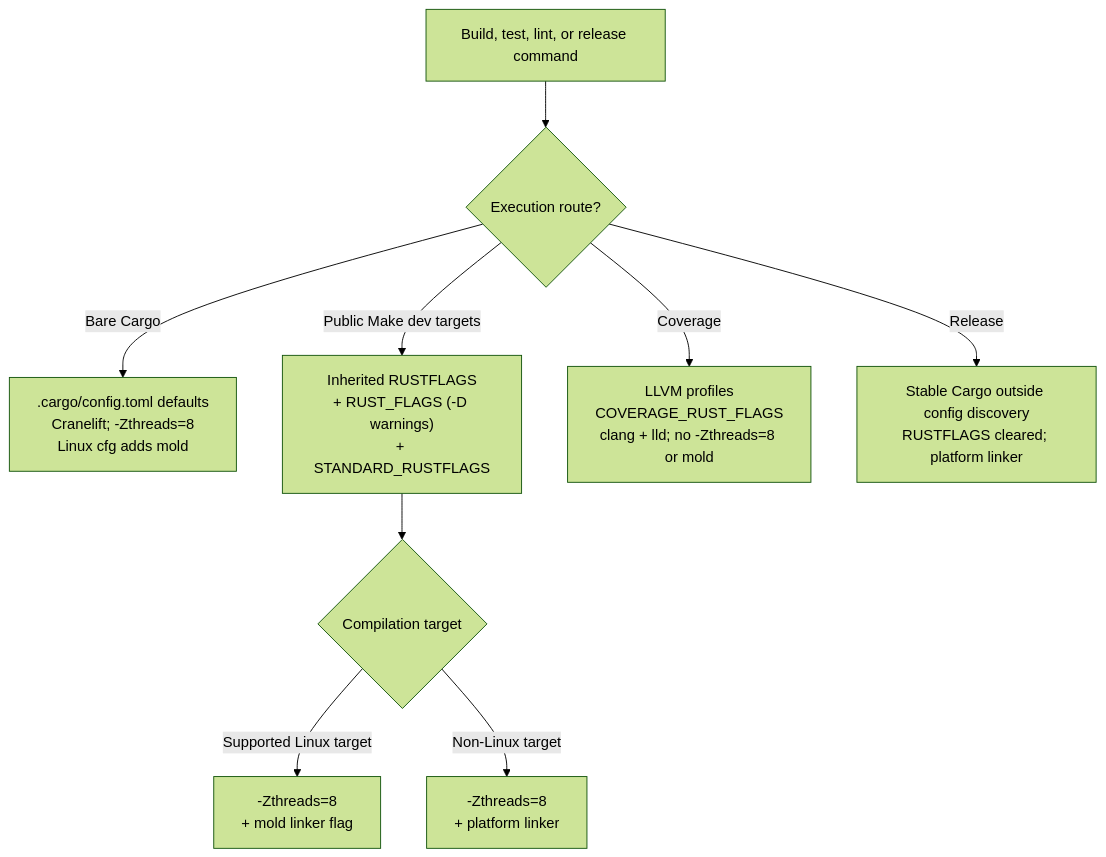
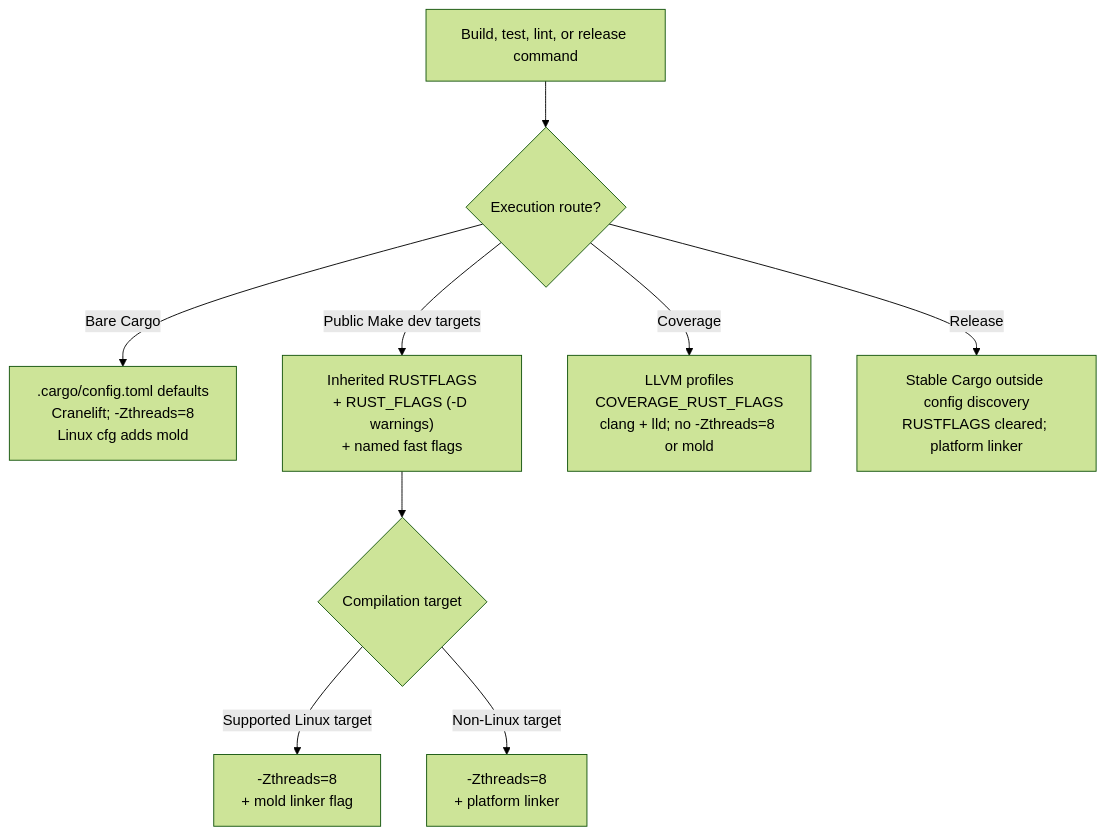
One commit to leynos/cabochon changed the diagram in docs/developers-guide.md. Above: the diagram before and after it, drawn with Mermaid (forest theme). The commit also changed other lines of this file and 1 other file, not shown here.

First line of the commit message:
Name the fast flags as variables so the build-defaults rule can read them (BD-008) (#78)

````diff
--- a/docs/developers-guide.md
+++ b/docs/developers-guide.md
@@ -226,11 +232,11 @@
 ```mermaid
 flowchart TD
     start["Build, test, lint, or release command"] --> route{"Execution route?"}
     route -->|"Bare Cargo"| config[".cargo/config.toml defaults<br/>Cranelift; -Zthreads=8<br/>Linux cfg adds mold"]
-    route -->|"Public Make dev targets"| compose["Inherited RUSTFLAGS<br/>+ RUST_FLAGS (-D warnings)<br/>+ STANDARD_RUSTFLAGS"]
+    route -->|"Public Make dev targets"| compose["Inherited RUSTFLAGS<br/>+ RUST_FLAGS (-D warnings)<br/>+ named fast flags"]
     compose --> target{"Compilation target"}
     target -->|"Supported Linux target"| mold["-Zthreads=8<br/>+ mold linker flag"]
     target -->|"Non-Linux target"| platform["-Zthreads=8<br/>+ platform linker"]
     route -->|"Coverage"| cov["LLVM profiles<br/>COVERAGE_RUST_FLAGS<br/>clang + lld; no -Zthreads=8 or mold"]
     route -->|"Release"| stable["Stable Cargo outside config discovery<br/>RUSTFLAGS cleared; platform linker"]
 ```
````
